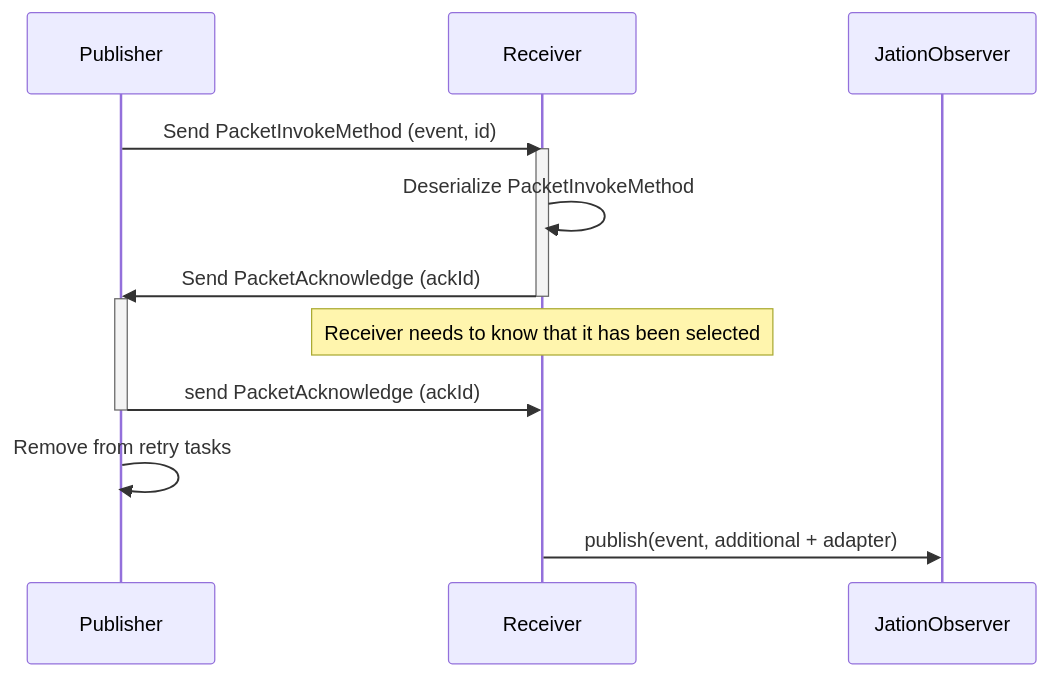
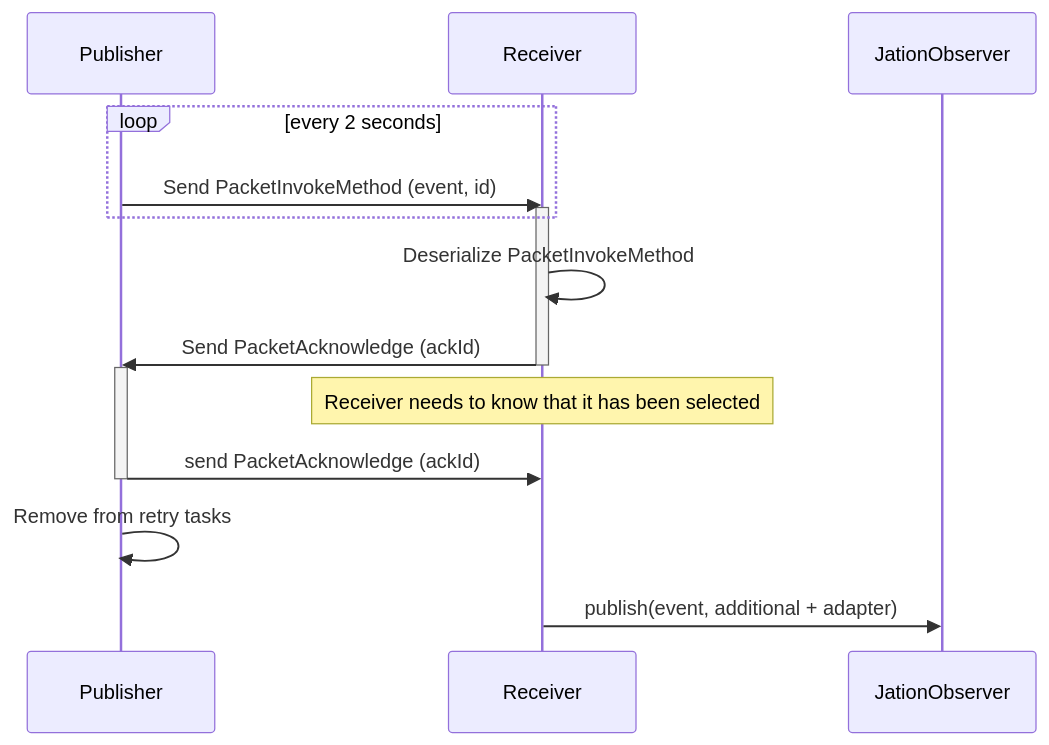
Before and after one commit to micartey/jation: the first of 2 diagrams in README.md, drawn with Mermaid. The commit also changed other lines of this file and 1 other file, not shown here.

````diff
--- a/README.md
+++ b/README.md
@@ -148,22 +146,24 @@
 ```mermaid
 sequenceDiagram
     participant Publisher as Publisher
     participant Receiver as Receiver
     participant Observer as JationObserver
 
-    Publisher->>Receiver: Send PacketInvokeMethod (event, id)
-    activate Receiver
+    loop every 2 seconds
+        Publisher->>Receiver: Send PacketInvokeMethod (event, id)
+        activate Receiver
+    end
 
     Receiver->>Receiver: Deserialize PacketInvokeMethod
     Receiver->>Publisher: Send PacketAcknowledge (ackId)
     deactivate Receiver
 
     activate Publisher
     Note over Receiver: Receiver needs to know that it has been selected
     Publisher->>Receiver: send PacketAcknowledge (ackId)
     deactivate Publisher
     
     Publisher->>Publisher: Remove from retry tasks
 
     Receiver->>Observer: publish(event, additional + adapter)
 ```
````
